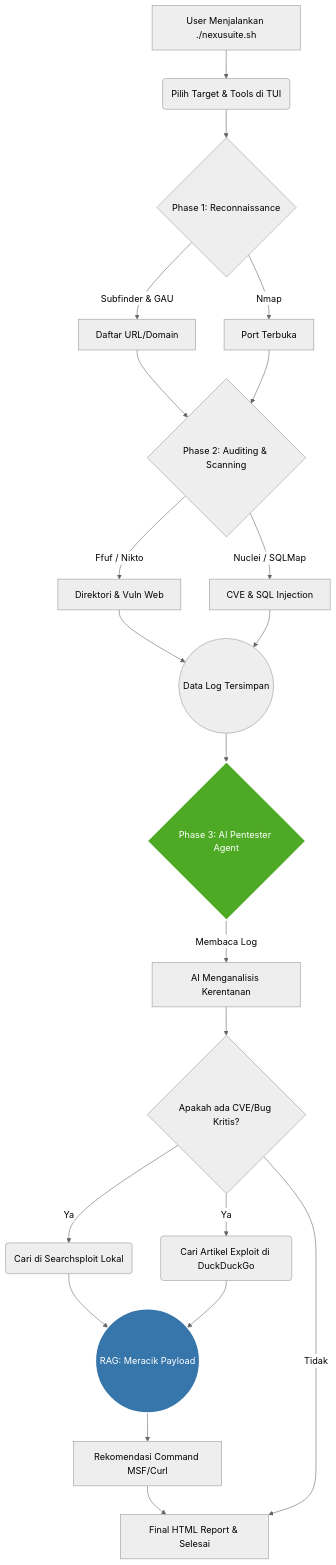
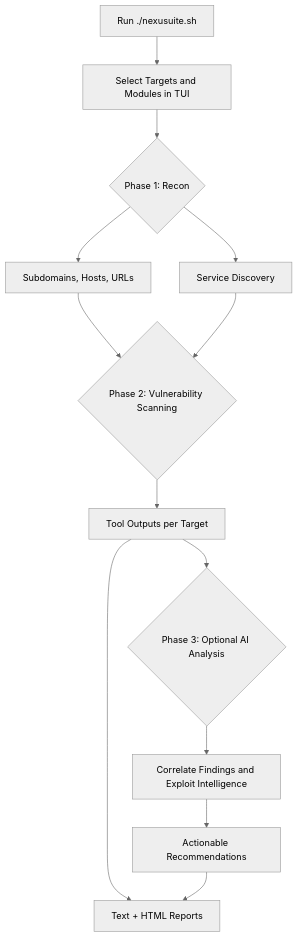
One commit to afrizalwahyuadi66/Nexusuite changed the diagram in README.md. Above: the diagram before and after it, drawn with Mermaid (neutral theme). The commit also changed other lines of this file, not shown here.

````diff
--- a/README.md
+++ b/README.md
@@ -39,34 +38,15 @@
 ```mermaid
 graph TD
-    A[User Menjalankan ./nexusuite.sh] --> B(Pilih Target & Tools di TUI)
-    B --> C{Phase 1: Reconnaissance}
-    C -->|Subfinder & GAU| D[Daftar URL/Domain]
-    C -->|Nmap| E[Port Terbuka]
-    
-    D --> F{Phase 2: Auditing & Scanning}
+    A[Run ./nexusuite.sh] --> B[Select Targets and Modules in TUI]
+    B --> C{Phase 1: Recon}
+    C --> D[Subdomains, Hosts, URLs]
+    C --> E[Service Discovery]
+    D --> F{Phase 2: Vulnerability Scanning}
     E --> F
-    
-    F -->|Ffuf / Nikto| G[Direktori & Vuln Web]
-    F -->|Nuclei / SQLMap| H[CVE & SQL Injection]
-    
-    G --> I((Data Log Tersimpan))
-    H --> I
-    
-    I --> J{Phase 3: AI Pentester Agent}
-    
-    J -->|Membaca Log| K[AI Menganalisis Kerentanan]
-    K --> L{Apakah ada CVE/Bug Kritis?}
-    
-    L -- Ya --> M(Cari di Searchsploit Lokal)
-    L -- Ya --> N(Cari Artikel Exploit di DuckDuckGo)
-    
-    M --> O((RAG: Meracik Payload))
-    N --> O
-    
-    O --> P[Rekomendasi Command MSF/Curl]
-    P --> Q[Final HTML Report & Selesai]
-    L -- Tidak --> Q
-    
-    style J fill:#4EAA25,stroke:#fff,stroke-width:2px,color:#fff
-    style O fill:#3776AB,stroke:#fff,stroke-width:2px,color:#fff
+    F --> G[Tool Outputs per Target]
+    G --> H{Phase 3: Optional AI Analysis}
+    H --> I[Correlate Findings and Exploit Intelligence]
+    I --> J[Actionable Recommendations]
+    G --> K[Text + HTML Reports]
+    J --> K
 ```
````
